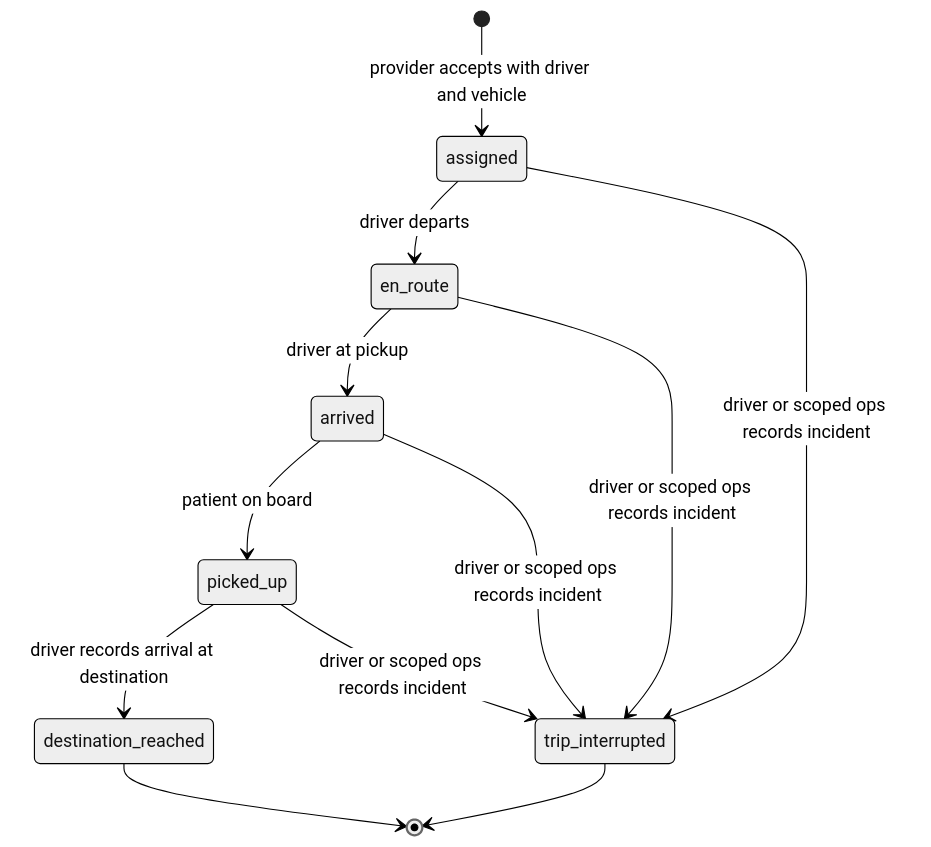
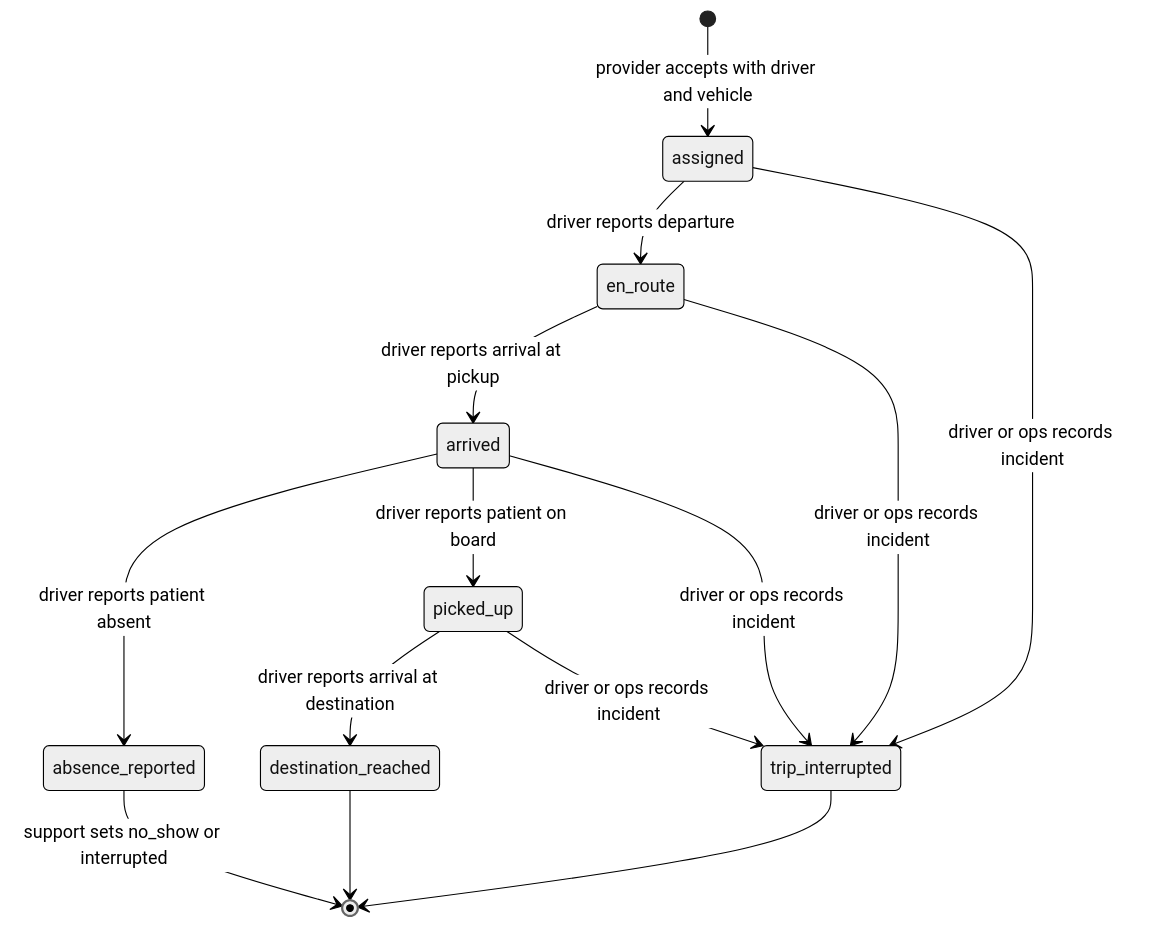
One commit to VishnuVardhan-719/confidentinal_sc changed the second of 3 diagrams in docs/S01_DESIGN.md. Above: the diagram before and after it, drawn with Mermaid (neutral theme). The commit also changed other lines of this file, not shown here.

````diff
--- a/docs/S01_DESIGN.md
+++ b/docs/S01_DESIGN.md
@@ -209,16 +311,18 @@
 ```mermaid
 stateDiagram-v2
     accTitle: Scheduled Transport Operational States
-    accDescr: Trip substates after acceptance with driver and vehicle both reserved. No location data is recorded at any step.
+    accDescr: Trip substates after acceptance with driver and vehicle reserved. No location data is recorded at any step.
     [*] --> assigned: provider accepts with driver and vehicle
-    assigned --> en_route: driver departs
-    en_route --> arrived: driver at pickup
-    arrived --> picked_up: patient on board
-    picked_up --> destination_reached: driver records arrival at destination
+    assigned --> en_route: driver reports departure
+    en_route --> arrived: driver reports arrival at pickup
+    arrived --> absence_reported: driver reports patient absent
+    arrived --> picked_up: driver reports patient on board
+    picked_up --> destination_reached: driver reports arrival at destination
     destination_reached --> [*]
-    assigned --> trip_interrupted: driver or scoped ops records incident
-    en_route --> trip_interrupted: driver or scoped ops records incident
-    arrived --> trip_interrupted: driver or scoped ops records incident
-    picked_up --> trip_interrupted: driver or scoped ops records incident
+    assigned --> trip_interrupted: driver or ops records incident
+    en_route --> trip_interrupted: driver or ops records incident
+    arrived --> trip_interrupted: driver or ops records incident
+    picked_up --> trip_interrupted: driver or ops records incident
+    absence_reported --> [*]: support sets no_show or interrupted
     trip_interrupted --> [*]
 ```
````
